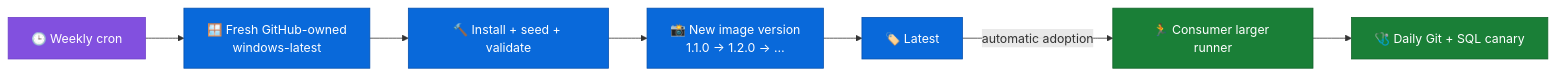
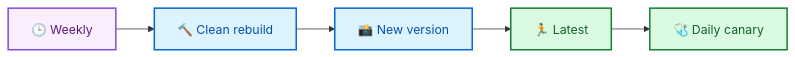
Before and after one commit to tsvi-solutions/custom_images_examples: the third of 3 diagrams in README.md, drawn with Mermaid. The commit also changed other lines of this file and 3 other files, not shown here.

````diff
--- a/README.md
+++ b/README.md
@@ -560,20 +262,14 @@
 ```mermaid
 flowchart LR
-    Cron["🕒 Weekly cron"]
-    Base["🪟 Fresh GitHub-owned<br/>windows-latest"]
-    Build["🔨 Install + seed + validate"]
-    Version["📸 New image version<br/>1.1.0 → 1.2.0 → …"]
-    Latest["🏷️ Latest"]
-    Runner["🏃 Consumer larger runner"]
-    Canary["🩺 Daily Git + SQL canary"]
+    Weekly["🕒 Weekly"] --> Build["🔨 Clean rebuild"]
+    Build --> Latest["📸 New version"]
+    Latest --> Runner["🏃 Latest"]
+    Runner --> Canary["🩺 Daily canary"]
 
-    Cron --> Base --> Build --> Version --> Latest
-    Latest -->|"automatic adoption"| Runner --> Canary
-
-    classDef trigger fill:#8250df,color:#fff,stroke:#6e40c9
-    classDef image fill:#0969da,color:#fff,stroke:#0550ae
-    classDef success fill:#1a7f37,color:#fff,stroke:#116329
-    class Cron trigger
-    class Base,Build,Version,Latest image
-    class Runner,Canary success
+    classDef scheduled fill:#fbefff,color:#5a1e75,stroke:#8250df,stroke-width:2px
+    classDef image fill:#ddf4ff,color:#0550ae,stroke:#0969da,stroke-width:2px
+    classDef healthy fill:#dafbe1,color:#116329,stroke:#1a7f37,stroke-width:2px
+    class Weekly scheduled
+    class Build,Latest image
+    class Runner,Canary healthy
 ```
````
